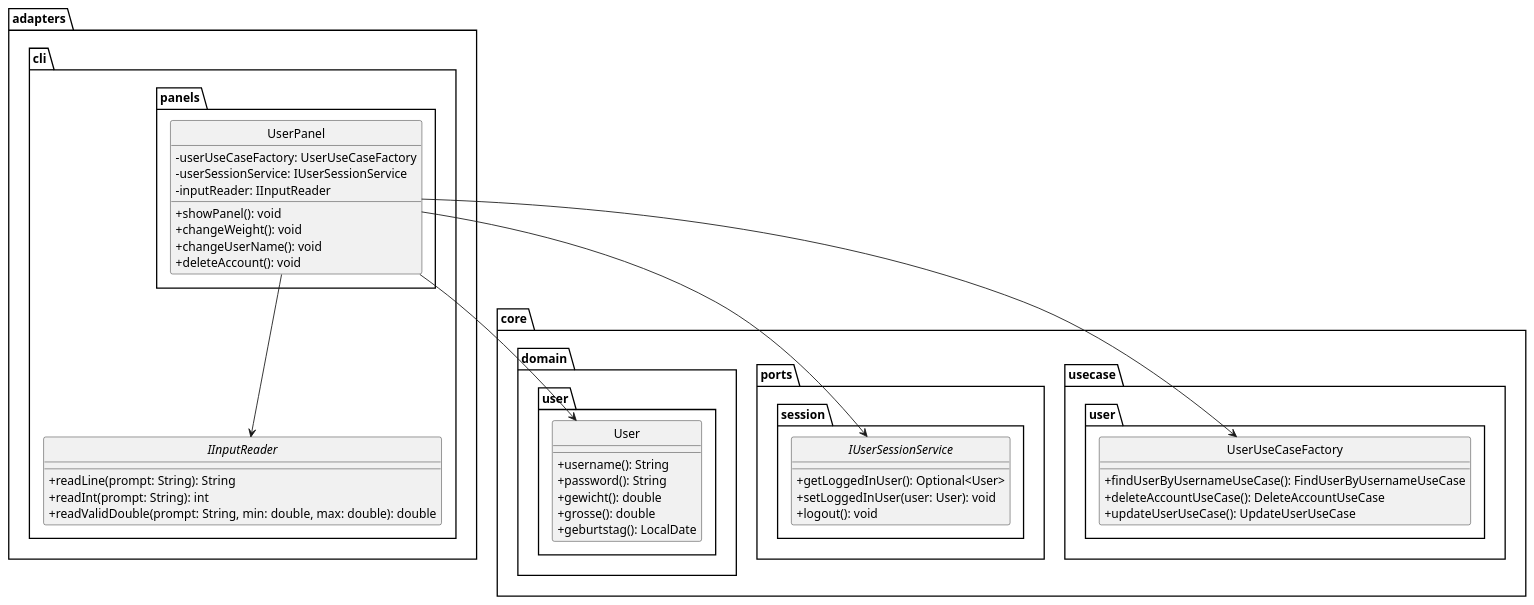
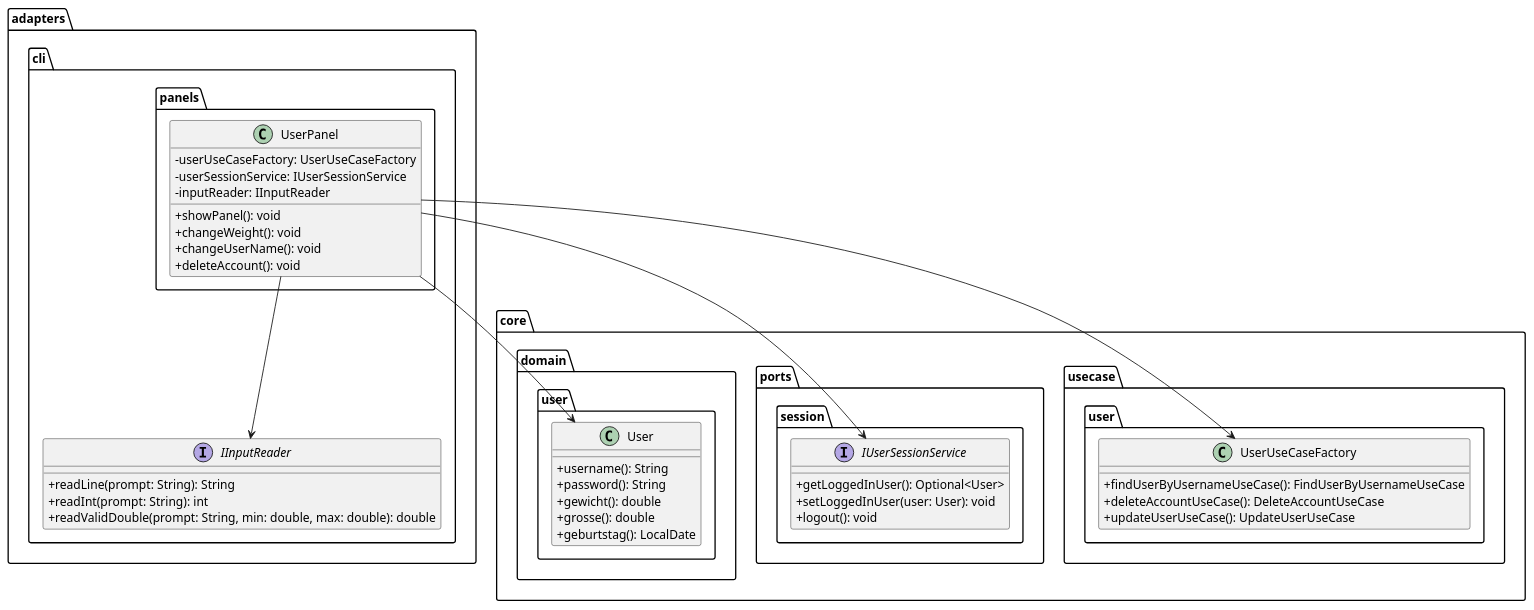
One commit to NeeroxZ/FitTrackPro_v2 changed the diagram in protokoll/UML/kapitel2/Dependency_Rule_positiv.puml. Above: the diagram before and after it, drawn with PlantUML. The commit also changed 13 other files, not shown here.

Commit message:
Hinzufügen des Protokoll...... - ändern UML

```diff
--- a/protokoll/UML/kapitel2/Dependency_Rule_positiv.puml
+++ b/protokoll/UML/kapitel2/Dependency_Rule_positiv.puml
@@ -1,58 +1,57 @@
 @startuml
-skinparam style strictuml
 skinparam classAttributeIconSize 0
 
 ' Packages
 package adapters.cli.panels {
   class UserPanel {
     - userUseCaseFactory: UserUseCaseFactory
     - userSessionService: IUserSessionService
     - inputReader: IInputReader
     + showPanel(): void
     + changeWeight(): void
     + changeUserName(): void
     + deleteAccount(): void
   }
 }
 
-package core.usecase.user {
-  class UserUseCaseFactory {
+
+  class core.usecase.user.UserUseCaseFactory {
     + findUserByUsernameUseCase(): FindUserByUsernameUseCase
     + deleteAccountUseCase(): DeleteAccountUseCase
     + updateUserUseCase(): UpdateUserUseCase
   }
-}
+
 
 package core.ports.session {
   interface IUserSessionService {
     + getLoggedInUser(): Optional<User>
     + setLoggedInUser(user: User): void
     + logout(): void
   }
 }
 
 package adapters.cli {
   interface IInputReader {
     + readLine(prompt: String): String
     + readInt(prompt: String): int
     + readValidDouble(prompt: String, min: double, max: double): double
   }
 }
 
 package core.domain.user {
   class User {
     + username(): String
     + password(): String
     + gewicht(): double
     + grosse(): double
     + geburtstag(): LocalDate
   }
 }
 
 ' Relationships
 UserPanel --> UserUseCaseFactory
 UserPanel --> IUserSessionService
 UserPanel --> IInputReader
 UserPanel --> User
 
 @enduml
```
